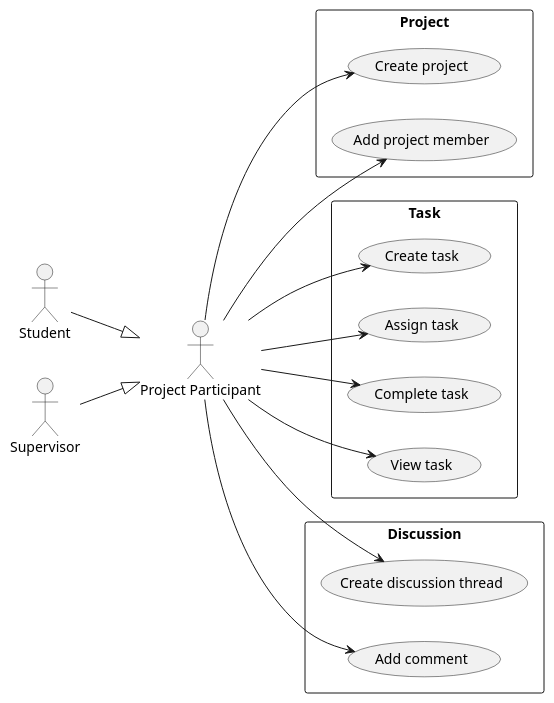
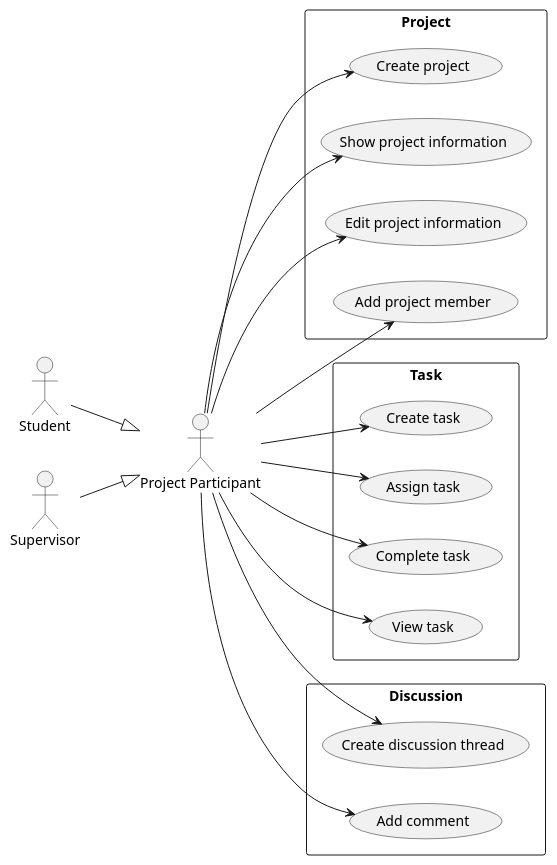
One commit to Huy-Ngo/acanban changed the diagram in docs/source/req/use-case/collab.rst. Above: the diagram before and after it, drawn with PlantUML. The commit also changed other lines of this file and 18 other files, not shown here.

```diff
--- a/docs/source/req/use-case/collab.rst
+++ b/docs/source/req/use-case/collab.rst
@@ -4,34 +4,38 @@
 .. uml::
 
    skinparam packageStyle rectangle
    left to right direction
    actor "Project Participant" as parti
 
    rectangle Project {
       usecase "Create project" as CreateP
+      usecase "Show project information" as ShowP
+      usecase "Edit project information" as EditP
       usecase "Add project member" as AddMember
    }
    
    rectangle Task {
       usecase "Create task" as CreateT
       usecase "Assign task" as AssignT
       usecase "Complete task" as Complete
       usecase "View task" as View
    }
 
    rectangle Discussion {
       usecase "Create discussion thread" as Thread
       usecase "Add comment" as Comment
    }
 
    parti --> CreateP
+   parti --> ShowP
+   parti --> EditP
    parti --> CreateT
    parti --> AddMember
    parti --> AssignT
    parti --> Complete
    parti --> Thread
    parti --> Comment
    parti --> View
 
    Student --|> parti
    Supervisor --|> parti
```
